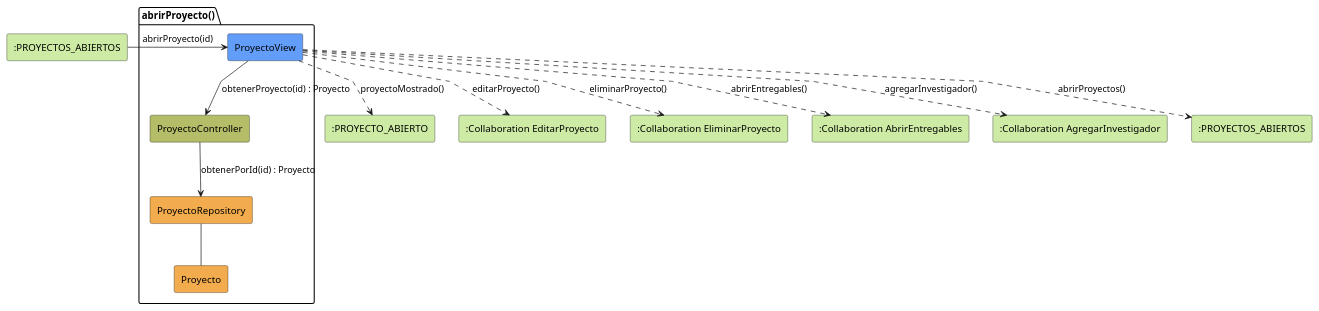
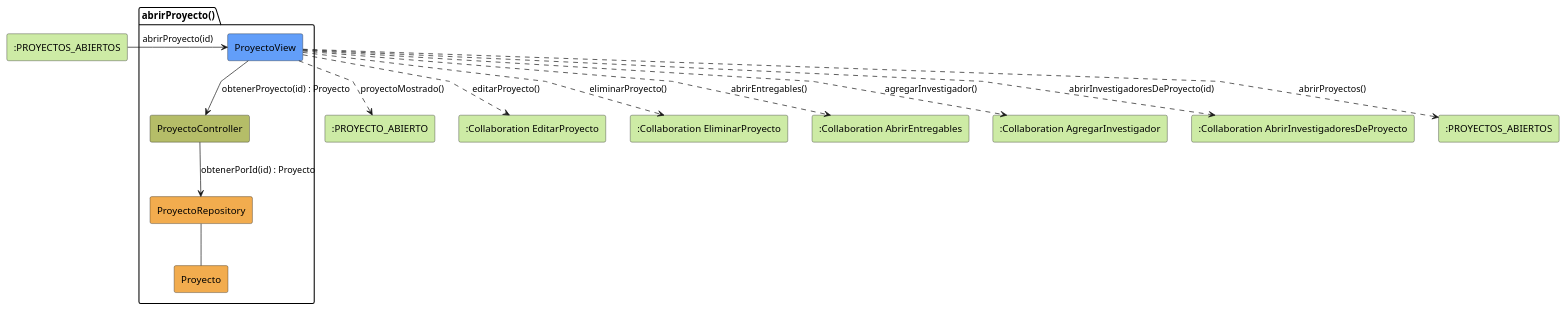
The diagram in modelosUML/analisis/coordinador/abrirProyecto.puml (31Diego/25-26-idsw2-sdVC), drawn with PlantUML before and after one commit. The commit also changed 19 other files, not shown here.

```diff
--- a/modelosUML/analisis/coordinador/abrirProyecto.puml
+++ b/modelosUML/analisis/coordinador/abrirProyecto.puml
@@ -1,35 +1,37 @@
 @startuml abrirProyecto-analisis
 skinparam linetype polyline
 
 rectangle #CDEBA5 ":PROYECTOS_ABIERTOS" as ProyectosAbiertos
 
 package abrirProyecto as "abrirProyecto()" {
     rectangle #629EF9 ProyectoView
     rectangle #b5bd68 ProyectoController
     rectangle #F2AC4E ProyectoRepository
     rectangle #F2AC4E Proyecto
 }
 
 rectangle #CDEBA5 ":PROYECTO_ABIERTO" as ProyectoAbierto
 rectangle #CDEBA5 ":Collaboration EditarProyecto" as ColEditar
 rectangle #CDEBA5 ":Collaboration EliminarProyecto" as ColEliminar
 rectangle #CDEBA5 ":Collaboration AbrirEntregables" as ColEntregables
 rectangle #CDEBA5 ":Collaboration AgregarInvestigador" as ColAgregar
+rectangle #CDEBA5 ":Collaboration AbrirInvestigadoresDeProyecto" as ColInvestigadores
 rectangle #CDEBA5 ":PROYECTOS_ABIERTOS" as ProyectosSalida
 
 ProyectosAbiertos -r-> ProyectoView: abrirProyecto(id)
 
 ProyectoView -d-> ProyectoController: obtenerProyecto(id) : Proyecto
 
 ProyectoController --> ProyectoRepository: obtenerPorId(id) : Proyecto
 
 ProyectoRepository -- Proyecto
 
 ProyectoView ..> ProyectoAbierto: proyectoMostrado()
 ProyectoView ..> ColEditar: editarProyecto()
 ProyectoView ..> ColEliminar: eliminarProyecto()
 ProyectoView ..> ColEntregables: abrirEntregables()
 ProyectoView ..> ColAgregar: agregarInvestigador()
+ProyectoView ..> ColInvestigadores: abrirInvestigadoresDeProyecto(id)
 ProyectoView ..> ProyectosSalida: abrirProyectos()
 
 @enduml
```
